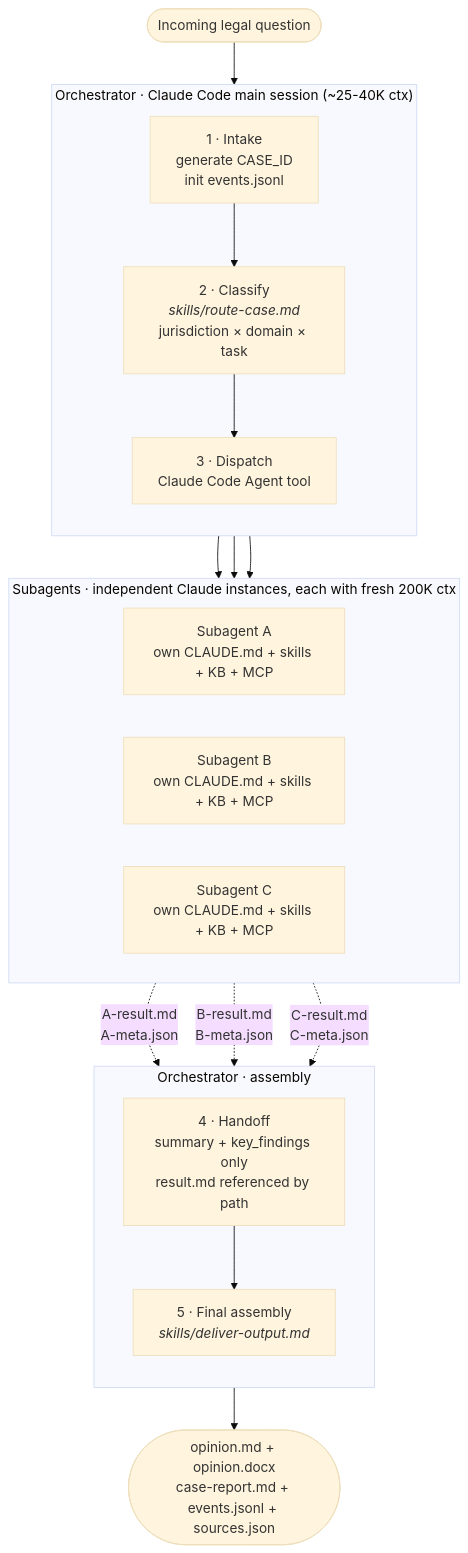
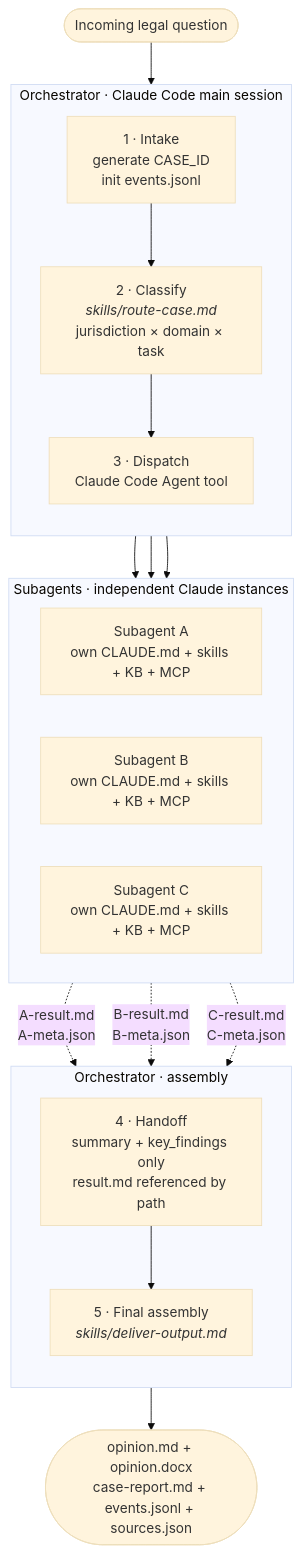
Before and after one commit to kipeum86/legal-agent-orchestrator: the diagram in README.md, drawn with Mermaid (base theme). The commit also changed other lines of this file and 2 other files, not shown here.

````diff
--- a/README.md
+++ b/README.md
@@ -62,37 +40,37 @@
 ```mermaid
 flowchart TB
     Q([Incoming legal question])
     Q --> I
 
-    subgraph OrcTop["Orchestrator · Claude Code main session (~25-40K ctx)"]
+    subgraph OrcTop["Orchestrator · Claude Code main session"]
         direction TB
         I["1 · Intake<br/>generate CASE_ID<br/>init events.jsonl"]
         C["2 · Classify<br/><i>skills/route-case.md</i><br/>jurisdiction × domain × task"]
         D["3 · Dispatch<br/>Claude Code Agent tool"]
         I --> C --> D
     end
 
     D --> SA
     D --> SB
     D --> SC
 
-    subgraph Subs["Subagents · independent Claude instances, each with fresh 200K ctx"]
+    subgraph Subs["Subagents · independent Claude instances"]
         direction LR
         SA["Subagent A<br/>own CLAUDE.md + skills + KB + MCP"]
         SB["Subagent B<br/>own CLAUDE.md + skills + KB + MCP"]
         SC["Subagent C<br/>own CLAUDE.md + skills + KB + MCP"]
     end
 
     SA -.->|"A-result.md<br/>A-meta.json"| H
     SB -.->|"B-result.md<br/>B-meta.json"| H
     SC -.->|"C-result.md<br/>C-meta.json"| H
 
     subgraph OrcBot["Orchestrator · assembly"]
         direction TB
         H["4 · Handoff<br/>summary + key_findings only<br/>result.md referenced by path"]
         F["5 · Final assembly<br/><i>skills/deliver-output.md</i>"]
         H --> F
     end
 
     F --> OUT([opinion.md + opinion.docx<br/>case-report.md + events.jsonl + sources.json])
 ```
````
